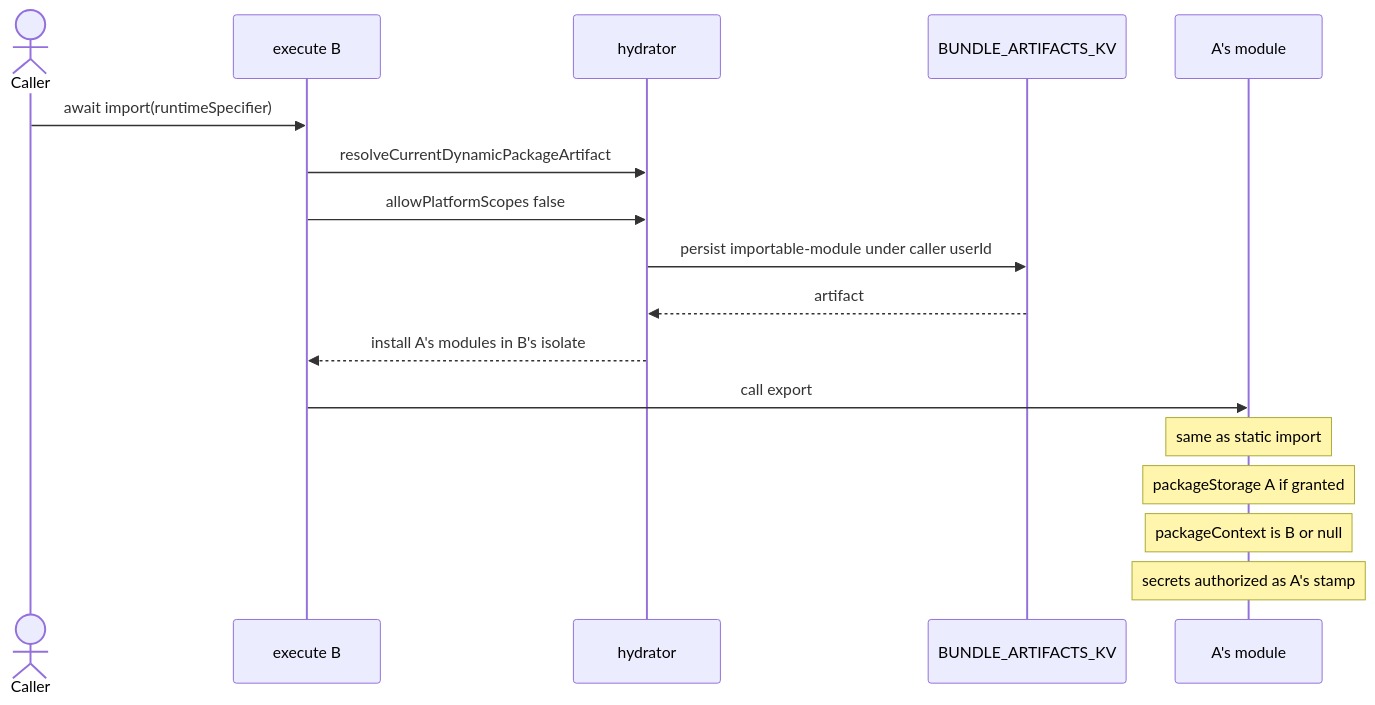
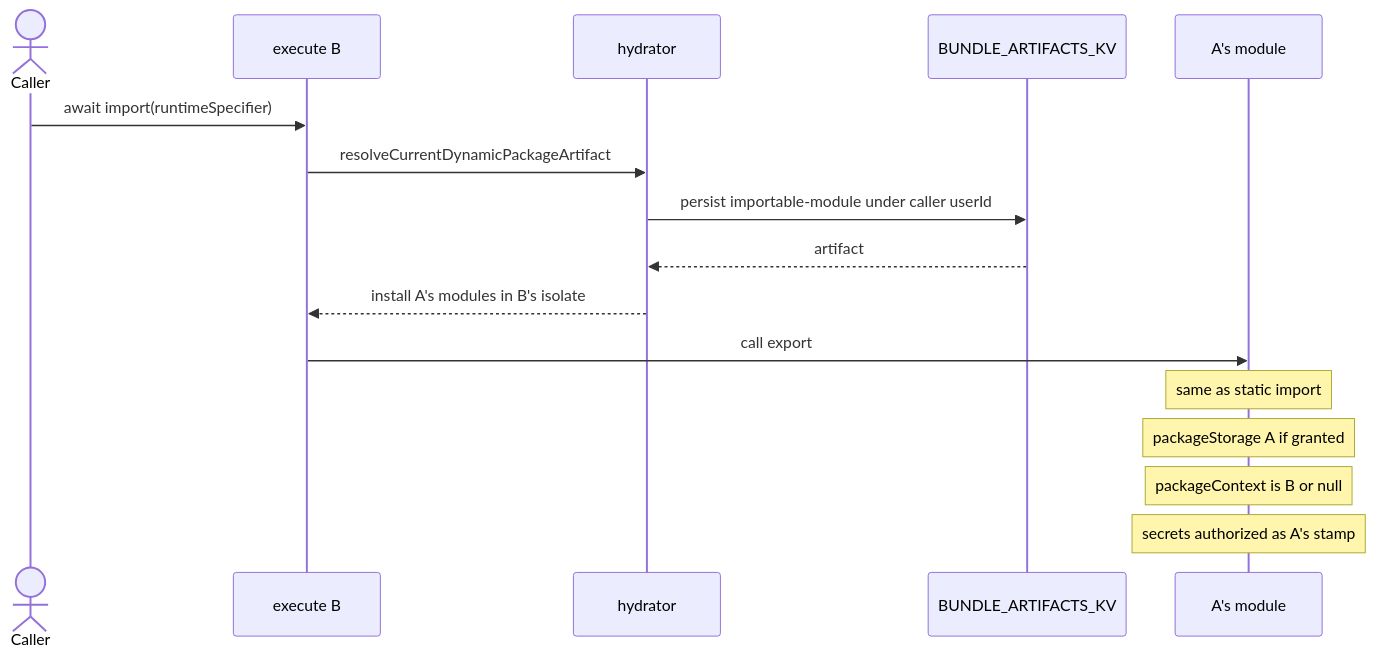
Before and after one commit to kentcdodds/kody: the fourth of 5 diagrams in docs/contributing/package-storage-static-imports.md, drawn with Mermaid. The commit also changed other lines of this file and 18 other files, not shown here.

````diff
--- a/docs/contributing/package-storage-static-imports.md
+++ b/docs/contributing/package-storage-static-imports.md
@@ -183,19 +175,18 @@
 ```mermaid
 sequenceDiagram
 	actor Caller
 	participant Execute as execute B
 	participant Hydrate as hydrator
 	participant KV as BUNDLE_ARTIFACTS_KV
 	participant Amod as A's module
 	Caller->>Execute: await import(runtimeSpecifier)
 	Execute->>Hydrate: resolveCurrentDynamicPackageArtifact
-	Execute->>Hydrate: allowPlatformScopes false
 	Hydrate->>KV: persist importable-module under caller userId
 	KV-->>Hydrate: artifact
 	Hydrate-->>Execute: install A's modules in B's isolate
 	Execute->>Amod: call export
 	Note over Amod: same as static import
 	Note over Amod: packageStorage A if granted
 	Note over Amod: packageContext is B or null
 	Note over Amod: secrets authorized as A's stamp
 ```
````
